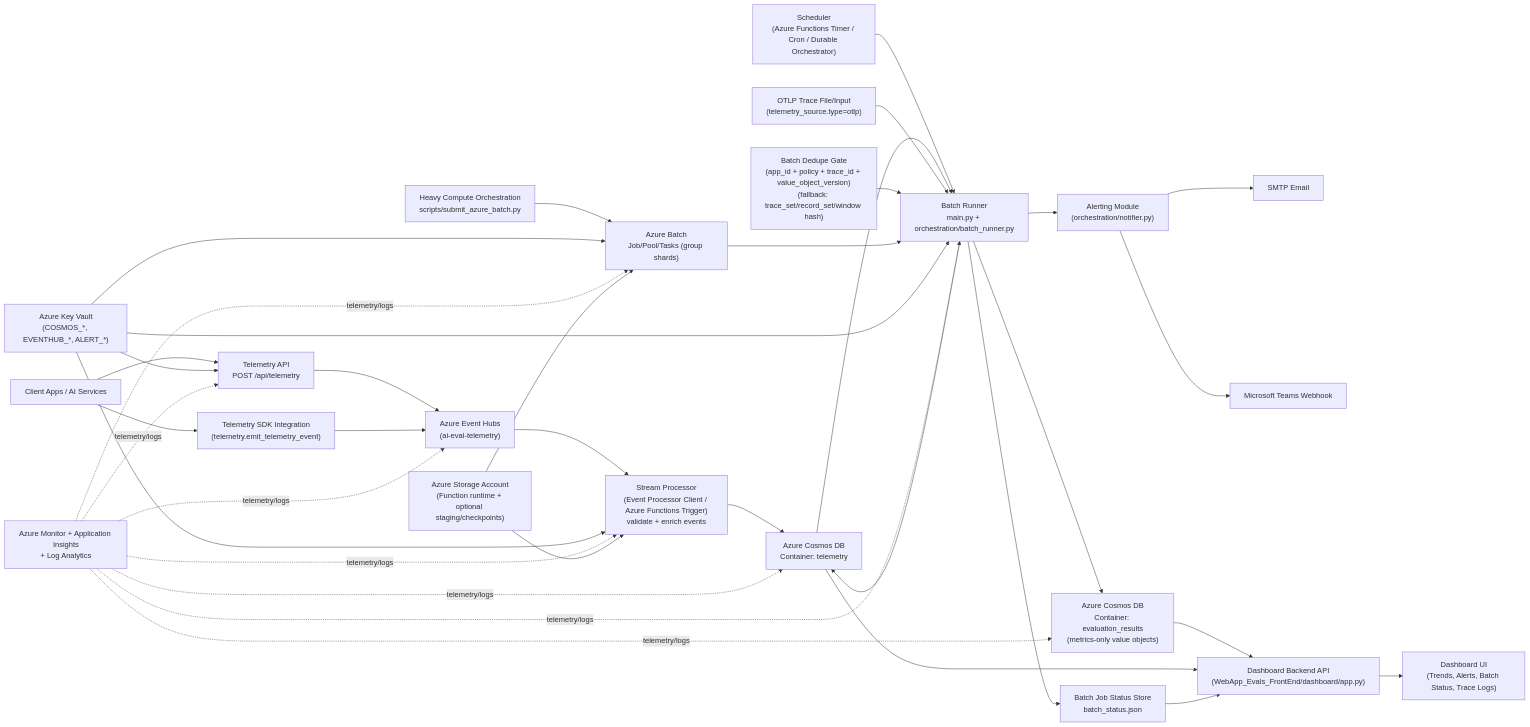
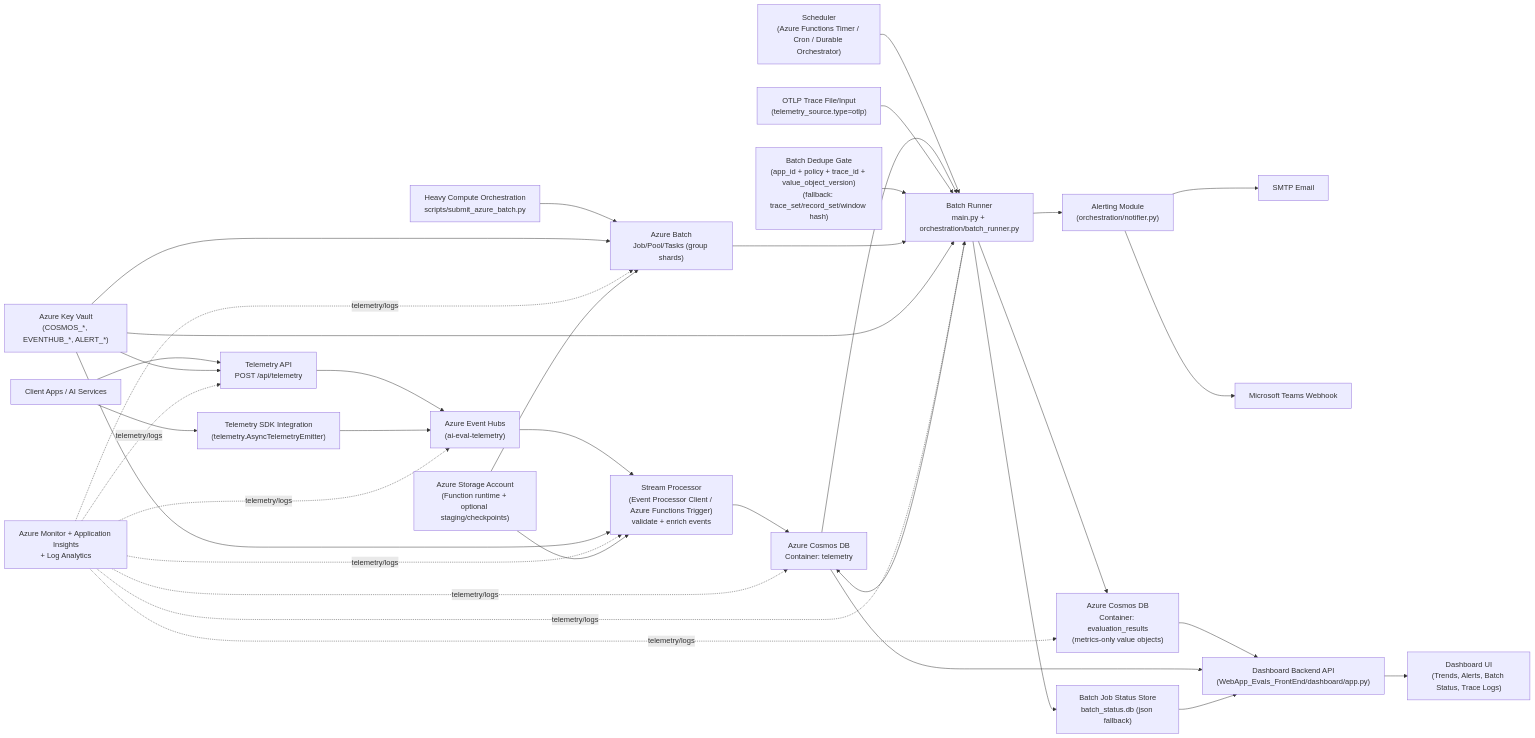
Before and after one commit to jerryshao2012/ai_eval_framework: the diagram in service/functions/Evals/ARCHITECTURE_DIAGRAM.md, drawn with Mermaid. The commit also changed 2 other files, not shown here.

Commit message:
docs(roadmap): update Azure PoT roadmap with current implementation status
- Add current fit assessment section for February 27, 2026
- Document implementation status snapshot for all PoT items (PoT-1 through PoT-8)
- Mark implemented features as in-repo or partially implemented
- Update roadmap purpose and tracking approach
- Remove outdated roadmap content
- Add burn-down artifact treatment guidance

````diff
--- a/service/functions/Evals/ARCHITECTURE_DIAGRAM.md
+++ b/service/functions/Evals/ARCHITECTURE_DIAGRAM.md
@@ -5,47 +5,47 @@
 ```mermaid
 flowchart LR
-    A["Client Apps / AI Services"] --> B["Telemetry SDK Integration\n(telemetry.emit_telemetry_event)"]
+    A["Client Apps / AI Services"] --> B["Telemetry SDK Integration\n(telemetry.AsyncTelemetryEmitter)"]
     A --> C["Telemetry API\nPOST /api/telemetry"]
     C --> EH["Azure Event Hubs\n(ai-eval-telemetry)"]
     B --> EH
 
     EH --> P["Stream Processor\n(Event Processor Client / Azure Functions Trigger)\nvalidate + enrich events"]
     P --> CT["Azure Cosmos DB\nContainer: telemetry"]
 
     SCH["Scheduler\n(Azure Functions Timer / Cron / Durable Orchestrator)"] --> BR["Batch Runner\nmain.py + orchestration/batch_runner.py"]
     CT --> BR
     OTLPFILE["OTLP Trace File/Input\n(telemetry_source.type=otlp)"] --> BR
     BRD["Batch Dedupe Gate\n(app_id + policy + trace_id + value_object_version)\n(fallback: trace_set/record_set/window hash)"] --> BR
     BR --> CT
     BR --> ER["Azure Cosmos DB\nContainer: evaluation_results\n(metrics-only value objects)"]
 
     BR --> AL["Alerting Module\n(orchestration/notifier.py)"]
     AL --> EM["SMTP Email"]
     AL --> TM["Microsoft Teams Webhook"]
 
     ER --> DAPI["Dashboard Backend API\n(WebApp_Evals_FrontEnd/dashboard/app.py)"]
     CT --> DAPI
     DAPI --> DUI["Dashboard UI\n(Trends, Alerts, Batch Status, Trace Logs)"]
 
-    BR --> JS["Batch Job Status Store\nbatch_status.json"]
+    BR --> JS["Batch Job Status Store\nbatch_status.db (json fallback)"]
     JS --> DAPI
 
     ORCH["Heavy Compute Orchestration\nscripts/submit_azure_batch.py"] --> AB["Azure Batch\nJob/Pool/Tasks (group shards)"]
     AB --> BR
 
     KV["Azure Key Vault\n(COSMOS_*, EVENTHUB_*, ALERT_*)"] --> C
     KV --> P
     KV --> BR
     KV --> AB
 
     MON["Azure Monitor + Application Insights\n+ Log Analytics"] -. telemetry/logs .-> C
     MON -. telemetry/logs .-> P
     MON -. telemetry/logs .-> BR
     MON -. telemetry/logs .-> AB
     MON -. telemetry/logs .-> EH
     MON -. telemetry/logs .-> ER
     MON -. telemetry/logs .-> CT
 
     SA["Azure Storage Account\n(Function runtime + optional staging/checkpoints)"] --> P
     SA --> AB
 ```
````
